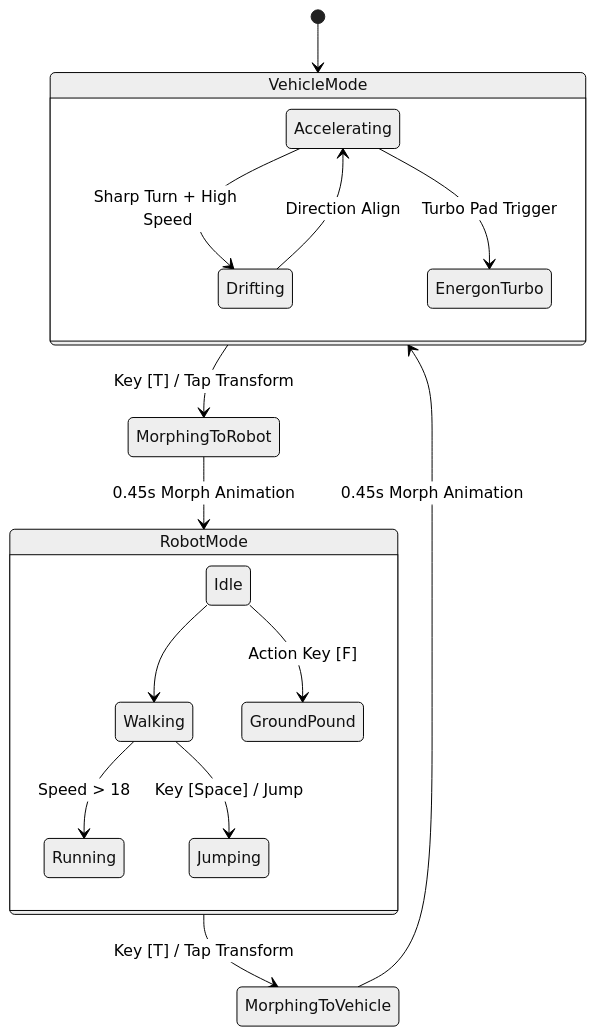
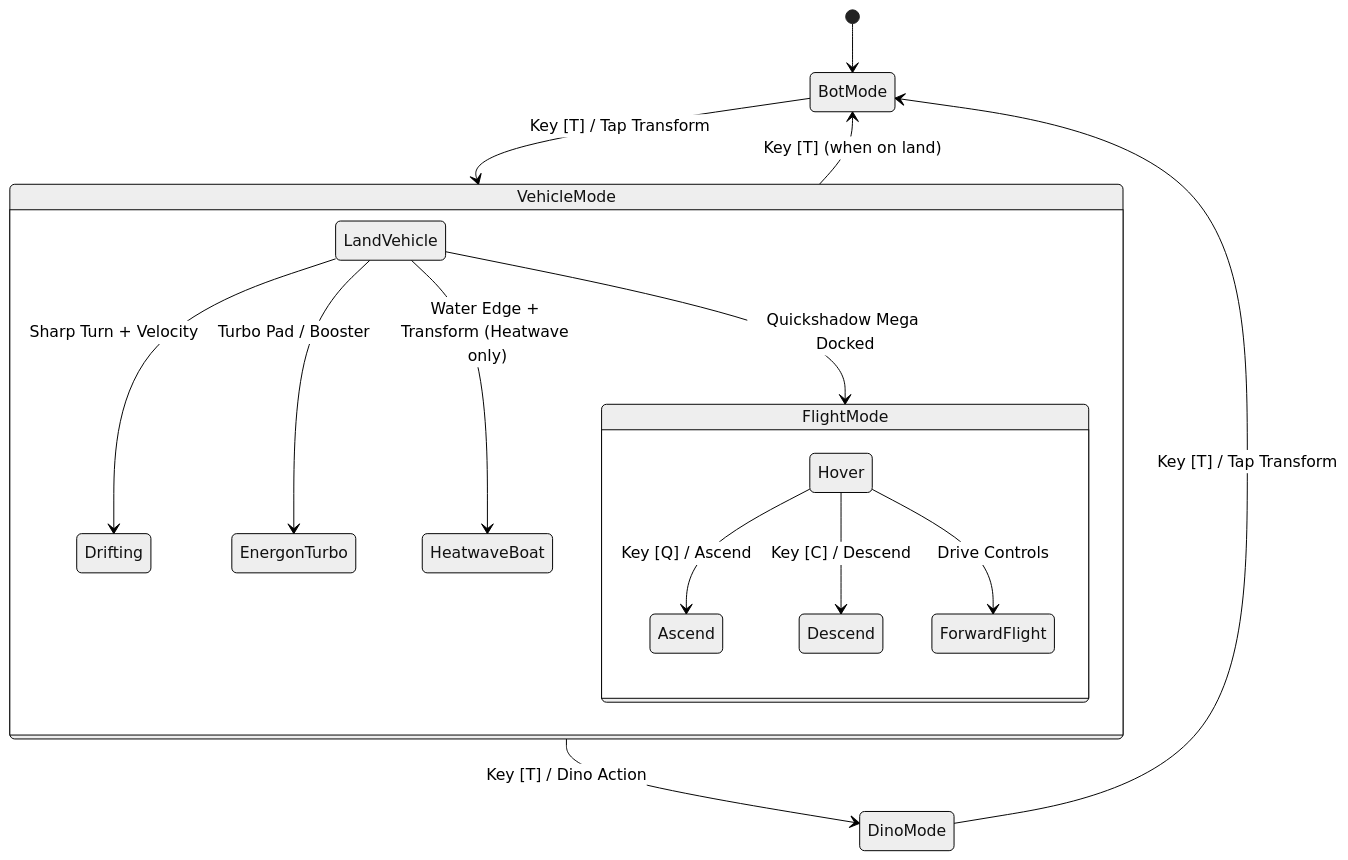
The second of 3 diagrams in docs/game-architecture.md (jacksonhardaker/rescue-bots-game), drawn with Mermaid (neutral theme) before and after one commit. The commit also changed other lines of this file, not shown here.

Commit message:
Update game architecture document to reflect modular TypeScript codebase, dinobots, megabot modes, water restrictions, and dynamic weather hazards

````diff
--- a/docs/game-architecture.md
+++ b/docs/game-architecture.md
@@ -98,21 +132,21 @@
 ```mermaid
 stateDiagram-v2
-    [*] --> VehicleMode
-    VehicleMode --> MorphingToRobot: Key [T] / Tap Transform
-    MorphingToRobot --> RobotMode: 0.45s Morph Animation
-    RobotMode --> MorphingToVehicle: Key [T] / Tap Transform
-    MorphingToVehicle --> VehicleMode: 0.45s Morph Animation
+    [*] --> BotMode
+    BotMode --> VehicleMode: Key [T] / Tap Transform
+    VehicleMode --> BotMode: Key [T] (when on land)
+    VehicleMode --> DinoMode: Key [T] / Dino Action
+    DinoMode --> BotMode: Key [T] / Tap Transform
 
     state VehicleMode {
-        Accelerating --> Drifting: Sharp Turn + High Speed
-        Drifting --> Accelerating: Direction Align
-        Accelerating --> EnergonTurbo: Turbo Pad Trigger
+        LandVehicle --> Drifting: Sharp Turn + Velocity
+        LandVehicle --> EnergonTurbo: Turbo Pad / Booster
+        LandVehicle --> HeatwaveBoat: Water Edge + Transform (Heatwave only)
+        LandVehicle --> FlightMode: Quickshadow Mega Docked
     }
 
-    state RobotMode {
-        Idle --> Walking
-        Walking --> Running: Speed > 18
-        Walking --> Jumping: Key [Space] / Jump
-        Idle --> GroundPound: Action Key [F]
+    state FlightMode {
+        Hover --> Ascend: Key [Q] / Ascend
+        Hover --> Descend: Key [C] / Descend
+        Hover --> ForwardFlight: Drive Controls
     }
 ```
````
